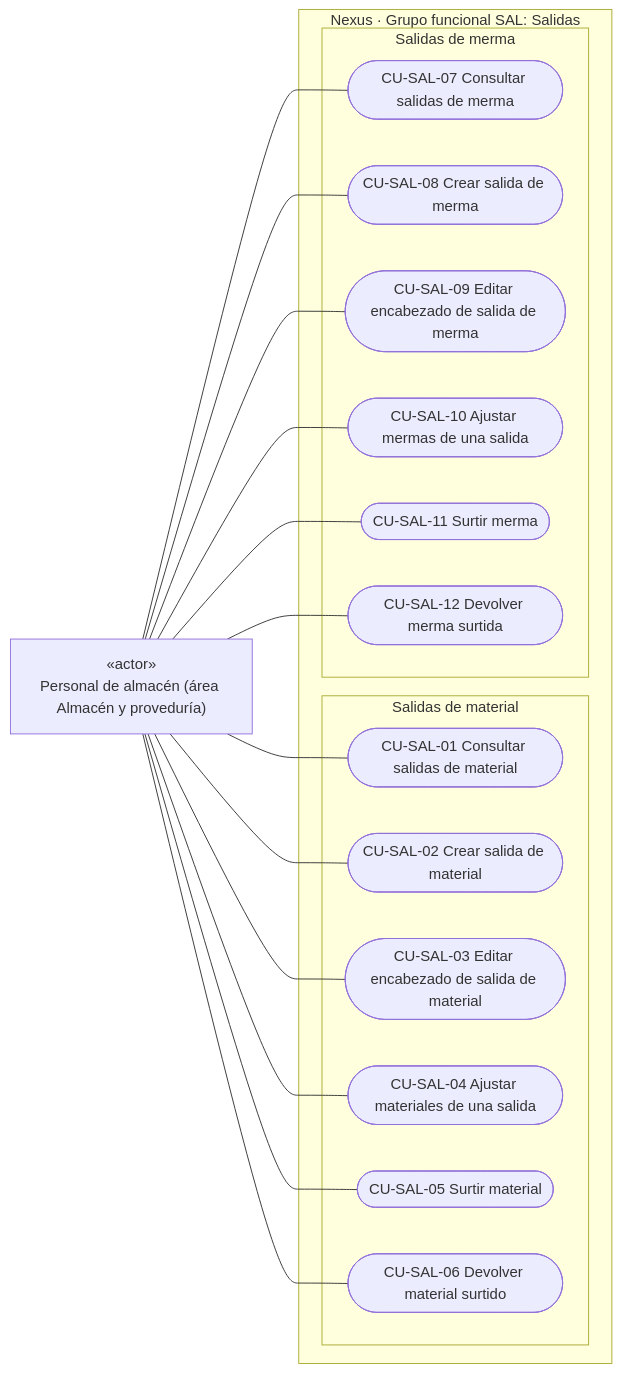
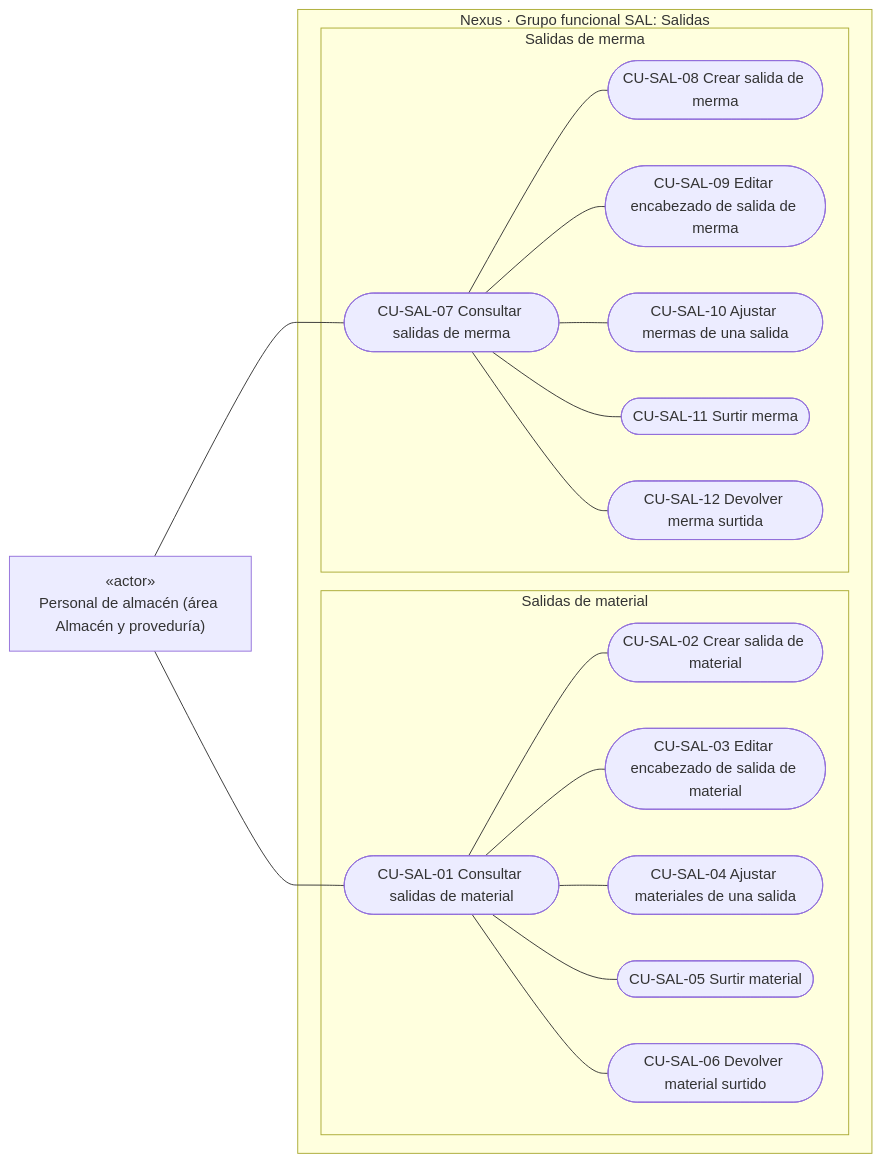
One commit to gpgsistemas01/nexus changed the fifth of 7 diagrams in docs/requirements/domain-and-use-cases.md. Above: the diagram before and after it, drawn with Mermaid. The commit also changed other lines of this file and 1 other file, not shown here.

````diff
--- a/docs/requirements/domain-and-use-cases.md
+++ b/docs/requirements/domain-and-use-cases.md
@@ -210,36 +211,36 @@
 ```mermaid
 flowchart LR
     warehouse["«actor»<br/>Personal de almacén (área Almacén y proveduría)"]
 
     subgraph issuePackage["Nexus · Grupo funcional SAL: Salidas"]
         subgraph materialIssueFamily["Salidas de material"]
             ucMaterialIssueQuery(["CU-SAL-01 Consultar salidas de material"])
             ucMaterialIssueCreate(["CU-SAL-02 Crear salida de material"])
             ucMaterialIssueHeader(["CU-SAL-03 Editar encabezado de salida de material"])
             ucMaterialIssueDetails(["CU-SAL-04 Ajustar materiales de una salida"])
             ucMaterialSupply(["CU-SAL-05 Surtir material"])
             ucMaterialReturn(["CU-SAL-06 Devolver material surtido"])
         end
         subgraph wasteIssueFamily["Salidas de merma"]
             ucWasteIssueQuery(["CU-SAL-07 Consultar salidas de merma"])
             ucWasteIssueCreate(["CU-SAL-08 Crear salida de merma"])
             ucWasteIssueHeader(["CU-SAL-09 Editar encabezado de salida de merma"])
             ucWasteIssueDetails(["CU-SAL-10 Ajustar mermas de una salida"])
             ucWasteSupply(["CU-SAL-11 Surtir merma"])
             ucWasteReturn(["CU-SAL-12 Devolver merma surtida"])
         end
     end
 
     warehouse --- ucMaterialIssueQuery
-    warehouse --- ucMaterialIssueCreate
-    warehouse --- ucMaterialIssueHeader
-    warehouse --- ucMaterialIssueDetails
-    warehouse --- ucMaterialSupply
-    warehouse --- ucMaterialReturn
     warehouse --- ucWasteIssueQuery
-    warehouse --- ucWasteIssueCreate
-    warehouse --- ucWasteIssueHeader
-    warehouse --- ucWasteIssueDetails
-    warehouse --- ucWasteSupply
-    warehouse --- ucWasteReturn
+    ucMaterialIssueQuery --- ucMaterialIssueCreate
+    ucMaterialIssueQuery --- ucMaterialIssueHeader
+    ucMaterialIssueQuery --- ucMaterialIssueDetails
+    ucMaterialIssueQuery --- ucMaterialSupply
+    ucMaterialIssueQuery --- ucMaterialReturn
+    ucWasteIssueQuery --- ucWasteIssueCreate
+    ucWasteIssueQuery --- ucWasteIssueHeader
+    ucWasteIssueQuery --- ucWasteIssueDetails
+    ucWasteIssueQuery --- ucWasteSupply
+    ucWasteIssueQuery --- ucWasteReturn
 ```
````
